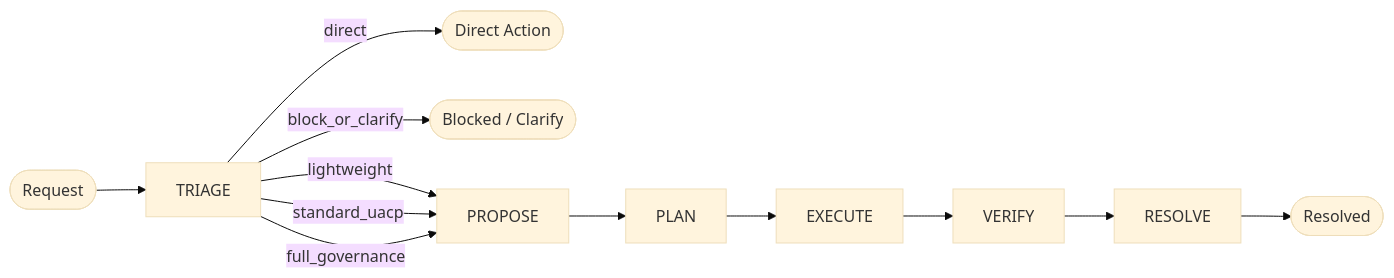
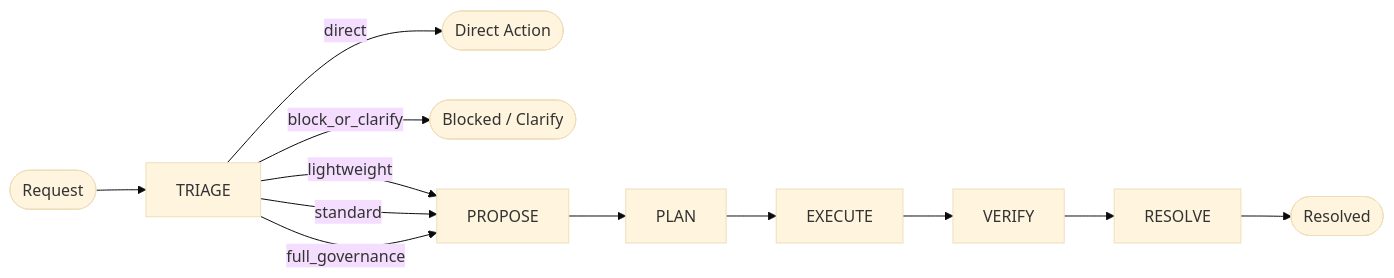
Before and after one commit to mikeng-io/uacp: the diagram in docs/lifecycle/lifecycle-reference.md, drawn with Mermaid (base theme). The commit also changed other lines of this file and 23 other files, not shown here.

````diff
--- a/docs/lifecycle/lifecycle-reference.md
+++ b/docs/lifecycle/lifecycle-reference.md
@@ -25,14 +25,14 @@
 ```mermaid
 flowchart LR
     REQ([Request]) --> TRIAGE
     TRIAGE -->|direct| DIRECT([Direct Action])
     TRIAGE -->|block_or_clarify| BLOCKED([Blocked / Clarify])
     TRIAGE -->|lightweight| PROPOSE
-    TRIAGE -->|standard_uacp| PROPOSE
+    TRIAGE -->|standard| PROPOSE
     TRIAGE -->|full_governance| PROPOSE
     PROPOSE --> PLAN
     PLAN --> EXECUTE
     EXECUTE --> VERIFY
     VERIFY --> RESOLVE
     RESOLVE --> TERMINAL([Resolved])
 ```
````
